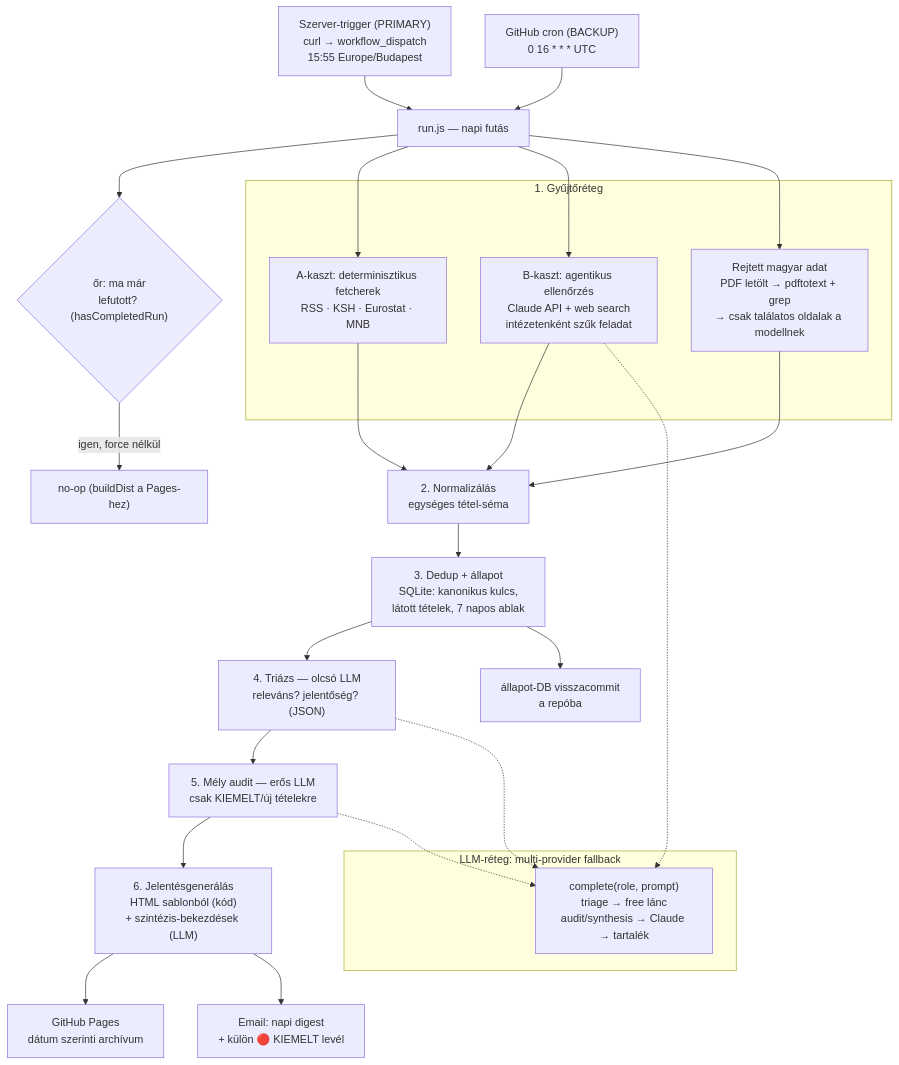
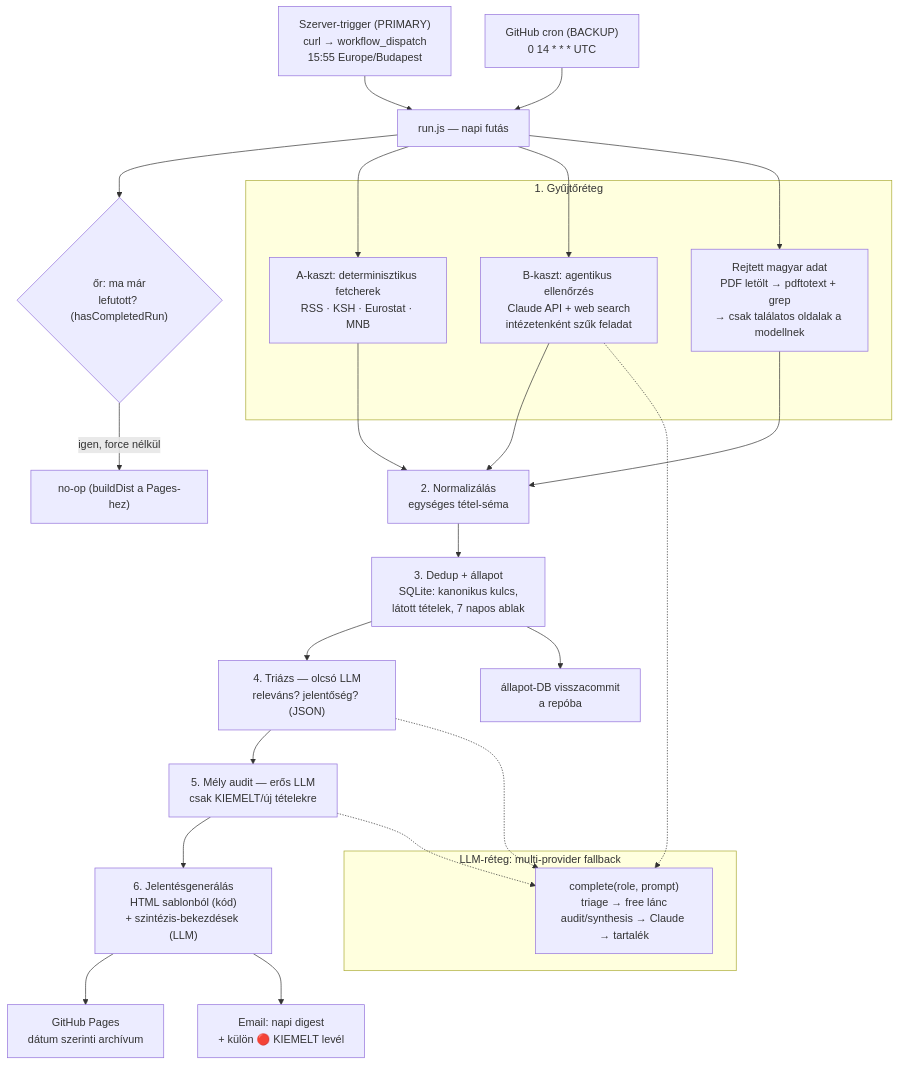
One commit to Goszmarton/survey-monitor changed the diagram in docs/ARCHITEKTURA.md. Above: the diagram before and after it, drawn with Mermaid. The commit also changed other lines of this file and 3 other files, not shown here.

First line of the commit message:
fix: backup-cron 16:00 → 14:00 UTC (éjfél-átcsúszás ellen)

````diff
--- a/docs/ARCHITEKTURA.md
+++ b/docs/ARCHITEKTURA.md
@@ -42,38 +42,38 @@
 ```mermaid
 flowchart TD
     SRV["Szerver-trigger (PRIMARY)\ncurl → workflow_dispatch\n15:55 Europe/Budapest"] --> RUN[run.js — napi futás]
-    CRON["GitHub cron (BACKUP)\n0 16 * * * UTC"] --> RUN
+    CRON["GitHub cron (BACKUP)\n0 14 * * * UTC"] --> RUN
     RUN --> GUARD{"őr: ma már\nlefutott? (hasCompletedRun)"}
     GUARD -->|igen, force nélkül| SKIP["no-op (buildDist a Pages-hez)"]
 
     subgraph GYUJTES["1. Gyűjtőréteg"]
         A["A-kaszt: determinisztikus fetcherek\nRSS · KSH · Eurostat · MNB"]
         B["B-kaszt: agentikus ellenőrzés\nClaude API + web search\nintézetenként szűk feladat"]
         C["Rejtett magyar adat\nPDF letölt → pdftotext + grep\n→ csak találatos oldalak a modellnek"]
     end
 
     RUN --> A
     RUN --> B
     RUN --> C
 
     A --> NORM["2. Normalizálás\negységes tétel-séma"]
     B --> NORM
     C --> NORM
 
     NORM --> DEDUP["3. Dedup + állapot\nSQLite: kanonikus kulcs,\nlátott tételek, 7 napos ablak"]
     DEDUP --> TRIAGE["4. Triázs — olcsó LLM\nreleváns? jelentőség? (JSON)"]
     TRIAGE --> AUDIT["5. Mély audit — erős LLM\ncsak KIEMELT/új tételekre"]
     AUDIT --> REPORT["6. Jelentésgenerálás\nHTML sablonból (kód)\n+ szintézis-bekezdések (LLM)"]
 
     REPORT --> PAGES["GitHub Pages\ndátum szerinti archívum"]
     REPORT --> MAIL["Email: napi digest\n+ külön 🔴 KIEMELT levél"]
     DEDUP --> COMMIT["állapot-DB visszacommit\na repóba"]
 
     subgraph LLMLAYER["LLM-réteg: multi-provider fallback"]
         P["complete(role, prompt)\ntriage → free lánc\naudit/synthesis → Claude → tartalék"]
     end
 
     TRIAGE -.-> P
     AUDIT -.-> P
     B -.-> P
 ```
````
